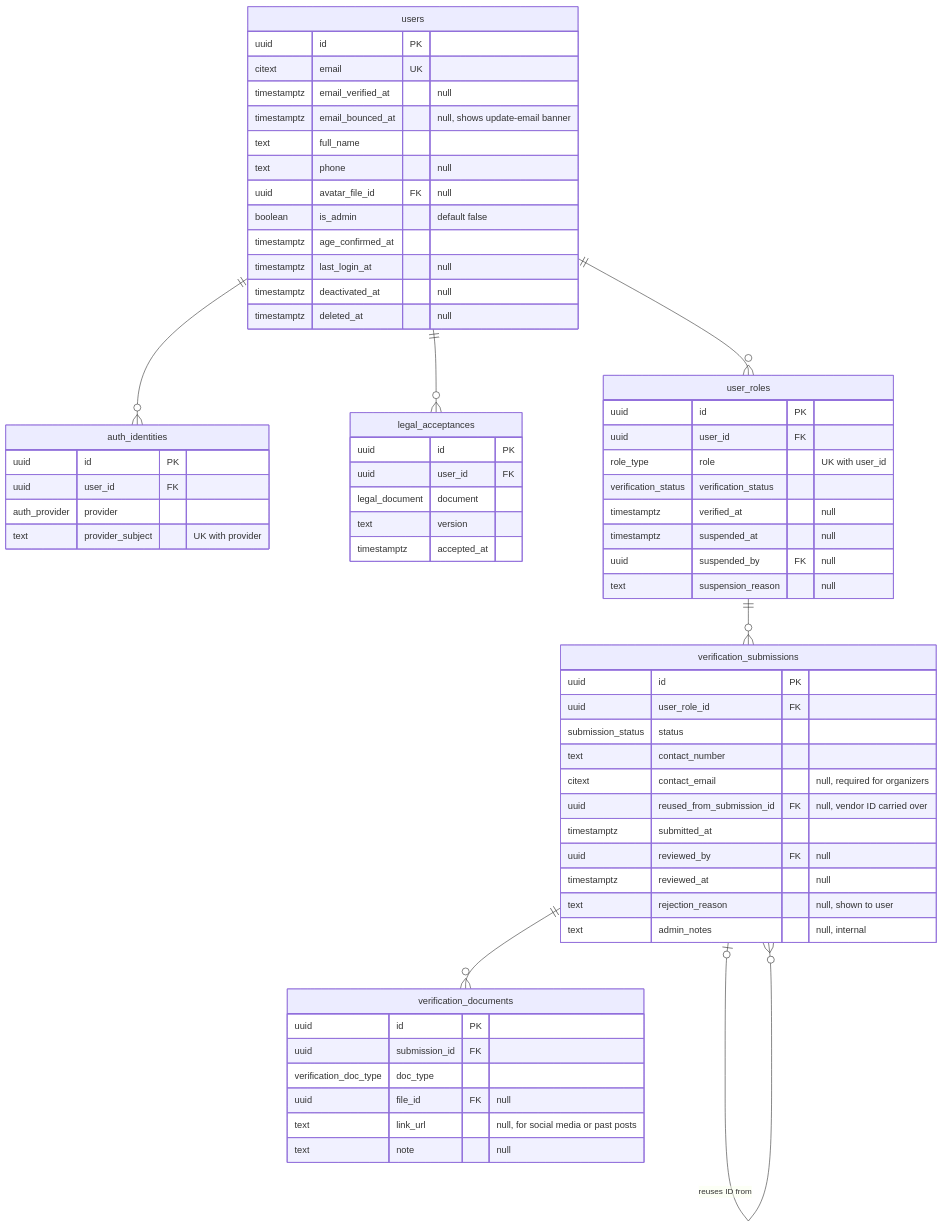
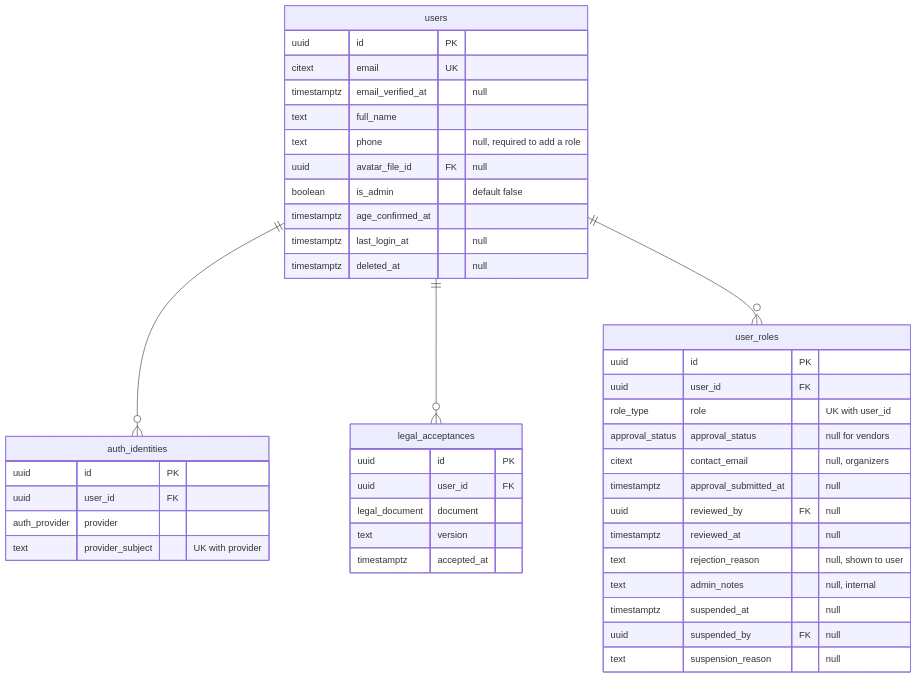
The second of 6 diagrams in docs/data-model.md (Aycees/Creavent), drawn with Mermaid before and after one commit. The commit also changed other lines of this file and 9 other files, not shown here.

````diff
--- a/docs/data-model.md
+++ b/docs/data-model.md
@@ -139,67 +120,46 @@
 ```mermaid
 erDiagram
     users {
         uuid id PK
         citext email UK
         timestamptz email_verified_at "null"
-        timestamptz email_bounced_at "null, shows update-email banner"
         text full_name
-        text phone "null"
+        text phone "null, required to add a role"
         uuid avatar_file_id FK "null"
         boolean is_admin "default false"
         timestamptz age_confirmed_at
         timestamptz last_login_at "null"
-        timestamptz deactivated_at "null"
         timestamptz deleted_at "null"
     }
     auth_identities {
         uuid id PK
         uuid user_id FK
         auth_provider provider
         text provider_subject "UK with provider"
     }
     legal_acceptances {
         uuid id PK
         uuid user_id FK
         legal_document document
         text version
         timestamptz accepted_at
     }
     user_roles {
         uuid id PK
         uuid user_id FK
         role_type role "UK with user_id"
-        verification_status verification_status
-        timestamptz verified_at "null"
+        approval_status approval_status "null for vendors"
+        citext contact_email "null, organizers"
+        timestamptz approval_submitted_at "null"
+        uuid reviewed_by FK "null"
+        timestamptz reviewed_at "null"
+        text rejection_reason "null, shown to user"
+        text admin_notes "null, internal"
         timestamptz suspended_at "null"
         uuid suspended_by FK "null"
         text suspension_reason "null"
     }
-    verification_submissions {
-        uuid id PK
-        uuid user_role_id FK
-        submission_status status
-        text contact_number
-        citext contact_email "null, required for organizers"
-        uuid reused_from_submission_id FK "null, vendor ID carried over"
-        timestamptz submitted_at
-        uuid reviewed_by FK "null"
-        timestamptz reviewed_at "null"
-        text rejection_reason "null, shown to user"
-        text admin_notes "null, internal"
-    }
-    verification_documents {
-        uuid id PK
-        uuid submission_id FK
-        verification_doc_type doc_type
-        uuid file_id FK "null"
-        text link_url "null, for social media or past posts"
-        text note "null"
-    }
     users ||--o{ auth_identities : ""
     users ||--o{ legal_acceptances : ""
     users ||--o{ user_roles : ""
-    user_roles ||--o{ verification_submissions : ""
-    verification_submissions ||--o{ verification_documents : ""
-    verification_submissions |o--o{ verification_submissions : "reuses ID from"
 ```
````
